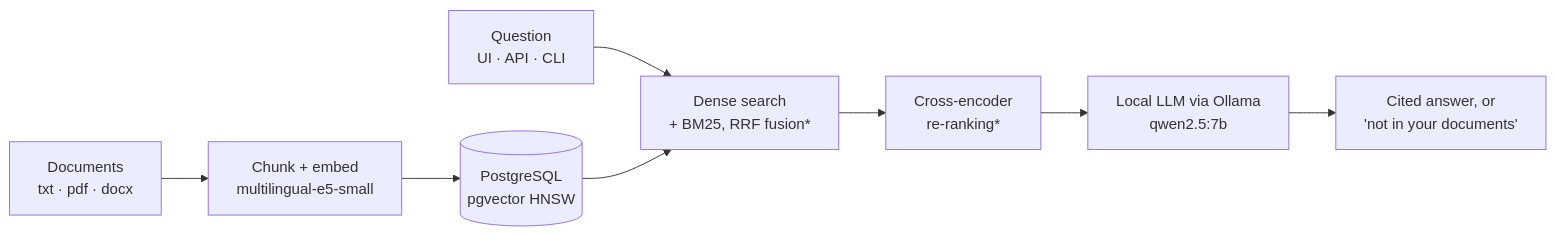
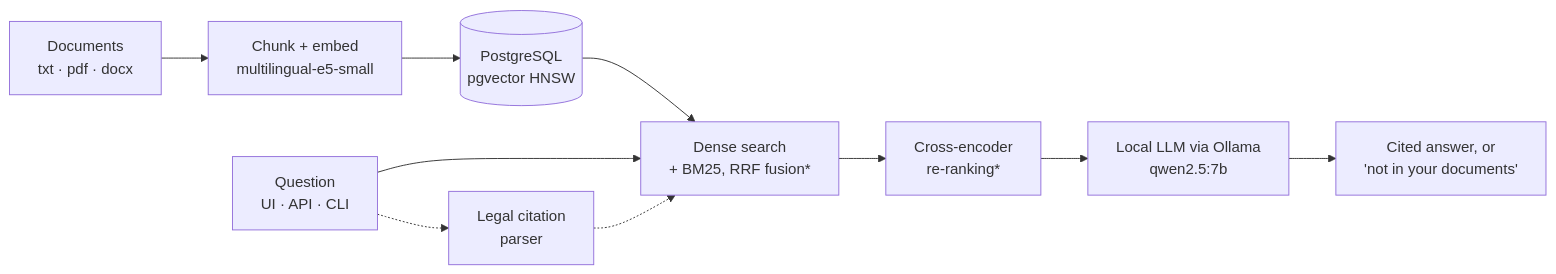
Before and after one commit to VCLME/raglab: the diagram in README.md, drawn with Mermaid. The commit also changed other lines of this file and 3 other files, not shown here.

Commit message:
Document full-v1 results: citations, README, site, roadmap

````diff
--- a/README.md
+++ b/README.md
@@ -78,10 +82,12 @@
 ```mermaid
 flowchart LR
   D[Documents<br/>txt · pdf · docx] --> C[Chunk + embed<br/>multilingual-e5-small]
   C --> P[(PostgreSQL<br/>pgvector HNSW)]
   Q[Question<br/>UI · API · CLI] --> R[Dense search<br/>+ BM25, RRF fusion*]
   P --> R
+  Q -.-> X[Legal citation<br/>parser]
+  X -.-> R
   R --> K[Cross-encoder<br/>re-ranking*]
   K --> L[Local LLM via Ollama<br/>qwen2.5:7b]
   L --> A[Cited answer, or<br/>'not in your documents']
 ```
````
